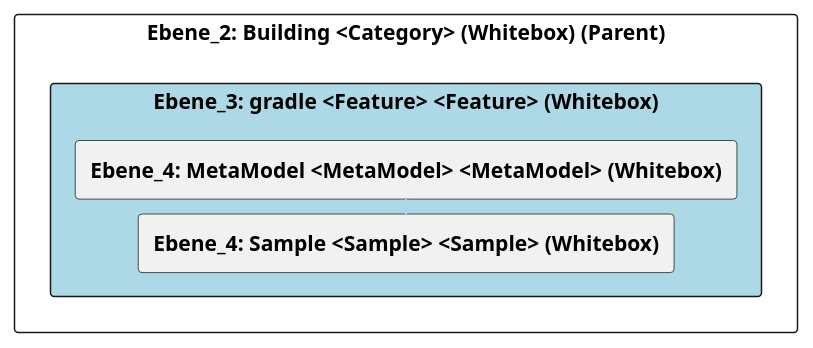
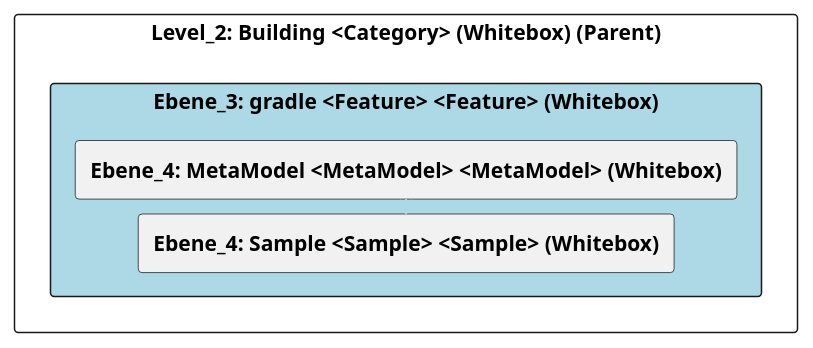
Before and after one commit to marcozwyssig/cleon: the diagram in doc/cleonproject_deliverables_architecture_model_architecture/adoc/de/05_bausteinsicht/cleon/building/gradle/ebene_3_gradle.adoc, drawn with PlantUML. The commit also changed other lines of this file and 169 other files, not shown here.

```diff
--- a/doc/cleonproject_deliverables_architecture_model_architecture/adoc/de/05_bausteinsicht/cleon/building/gradle/ebene_3_gradle.adoc
+++ b/doc/cleonproject_deliverables_architecture_model_architecture/adoc/de/05_bausteinsicht/cleon/building/gradle/ebene_3_gradle.adoc
@@ -20,28 +20,28 @@
 [plantuml, Ebene_3: gradle <Feature> <Feature> (Whitebox)BlockOverview, format="svg"]
 ----
 @startuml Ebene_3: gradle <Feature> <Feature> (Whitebox)BuildingBlockOverview
 
 skinparam ranksep 10
 skinparam componentStyle rectangle
 skinparam shadowing false
 skinparam arrowColor lightblue
 skinparam arrowThickness 1.2
 skinparam rectangle {
   BackgroundColor White
   BorderColor #333
   RoundCorner 10
 }
 top to bottom direction
 
-component "Ebene_2: Building <Category> (Whitebox) (Parent)" {
+component "Level_2: Building <Category> (Whitebox) (Parent)" {
     component "Ebene_3: gradle <Feature> <Feature> (Whitebox)" #lightblue {
         [**Ebene_4: MetaModel <MetaModel> <MetaModel> (Whitebox)**] as 4A57056F_D579_11EE_903E_9F564E4DE07E
         [**Ebene_4: Sample <Sample> <Sample> (Whitebox)**] as 4A57056C_D579_11EE_903E_9F564E4DE07E
     }
 
     4A57056F_D579_11EE_903E_9F564E4DE07E -down-> 4A57056C_D579_11EE_903E_9F564E4DE07E
     
 }
 
 @enduml
 ----
```
